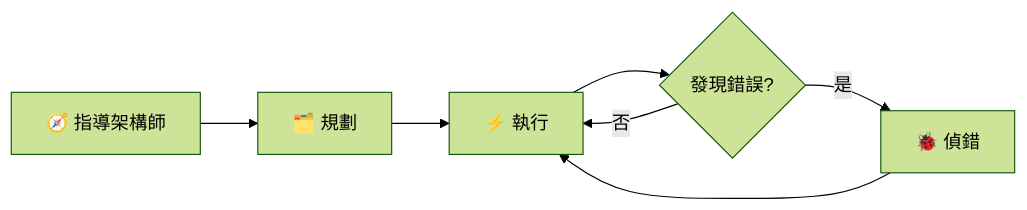
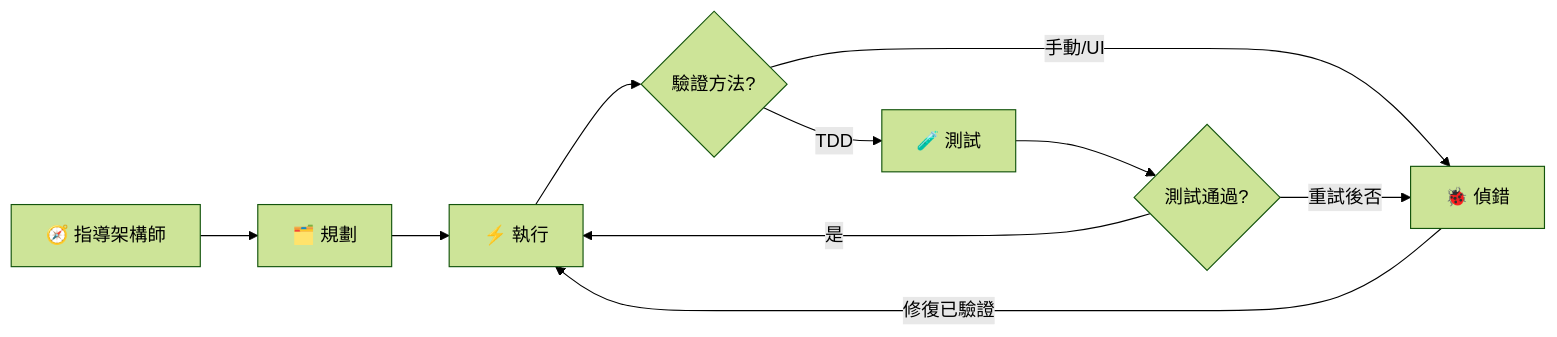
The diagram in README.zh-Hant.md (jackyko1991/Spec-Driven-Development), drawn with Mermaid (forest theme) before and after one commit. The commit also changed other lines of this file and 7 other files, not shown here.

````diff
--- a/README.zh-Hant.md
+++ b/README.zh-Hant.md
@@ -34,9 +36,12 @@
 ```mermaid
 graph LR
     A[🧭 指導架構師] --> B[🗂️ 規劃];
     B --> C[⚡ 執行];
-    C --> D{發現錯誤?};
-    D -- 否 --> C;
-    D -- 是 --> E[🐞 偵錯];
-    E --> C;
+    C --> D{驗證方法?};
+    D -- TDD --> E[🧪 測試];
+    D -- 手動/UI --> F[🐞 偵錯];
+    E --> G{測試通過?};
+    G -- 是 --> C;
+    G -- 重試後否 --> F;
+    F -- 修復已驗證 --> C;
 ```
````
